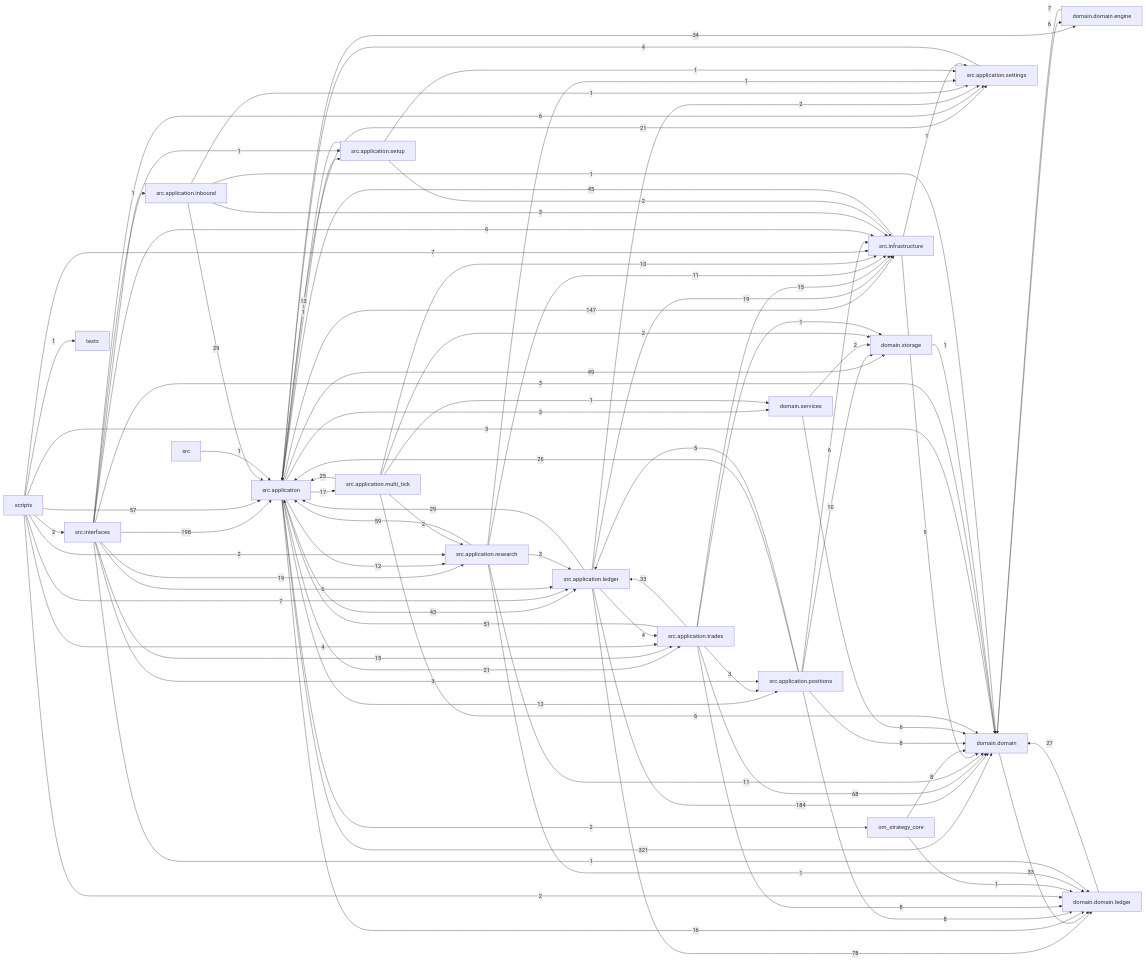
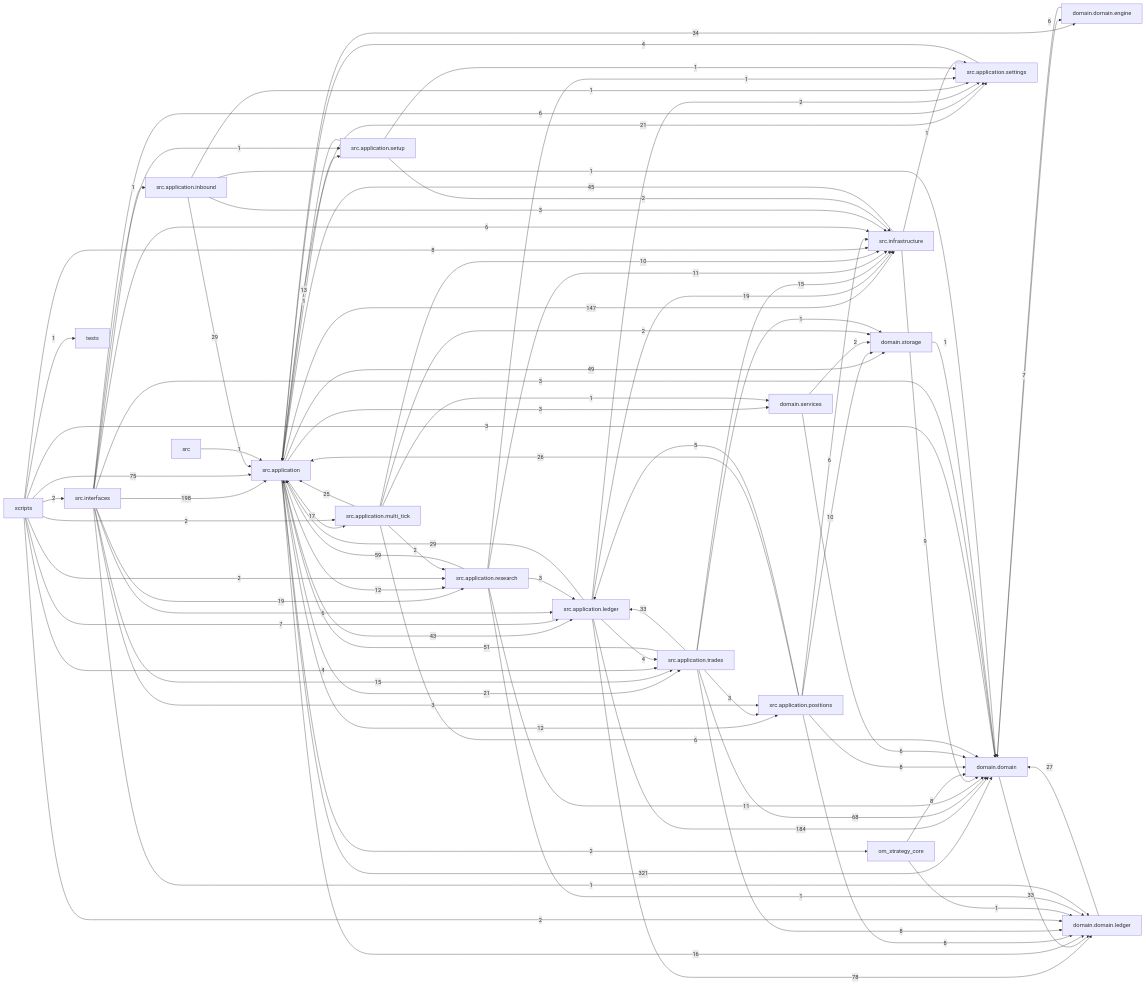
One commit to liuxie066/options-monitor changed the diagram in docs/dependency_graph.mmd. Above: the diagram before and after it, drawn with Mermaid. The commit also changed 13 other files, not shown here.

```diff
--- a/docs/dependency_graph.mmd
+++ b/docs/dependency_graph.mmd
@@ -1,87 +1,88 @@
 flowchart LR
   src_application["src.application"] -->|321| domain_domain["domain.domain"]
   src_interfaces["src.interfaces"] -->|198| src_application["src.application"]
   src_application_ledger["src.application.ledger"] -->|184| domain_domain["domain.domain"]
   src_application["src.application"] -->|147| src_infrastructure["src.infrastructure"]
   src_application_ledger["src.application.ledger"] -->|78| domain_domain_ledger["domain.domain.ledger"]
+  scripts["scripts"] -->|75| src_application["src.application"]
   src_application_trades["src.application.trades"] -->|68| domain_domain["domain.domain"]
   src_application_research["src.application.research"] -->|59| src_application["src.application"]
-  scripts["scripts"] -->|57| src_application["src.application"]
   src_application_trades["src.application.trades"] -->|51| src_application["src.application"]
   src_application["src.application"] -->|49| domain_storage["domain.storage"]
   src_infrastructure["src.infrastructure"] -->|45| src_application["src.application"]
   src_application["src.application"] -->|43| src_application_ledger["src.application.ledger"]
   src_application["src.application"] -->|34| domain_domain_engine["domain.domain.engine"]
   domain_domain["domain.domain"] -->|33| domain_domain_ledger["domain.domain.ledger"]
   src_application_trades["src.application.trades"] -->|33| src_application_ledger["src.application.ledger"]
   src_application_inbound["src.application.inbound"] -->|29| src_application["src.application"]
   src_application_ledger["src.application.ledger"] -->|29| src_application["src.application"]
   domain_domain_ledger["domain.domain.ledger"] -->|27| domain_domain["domain.domain"]
   src_application_positions["src.application.positions"] -->|26| src_application["src.application"]
   src_application_multi_tick["src.application.multi_tick"] -->|25| src_application["src.application"]
   src_application["src.application"] -->|21| src_application_settings["src.application.settings"]
   src_application["src.application"] -->|21| src_application_trades["src.application.trades"]
   src_application_ledger["src.application.ledger"] -->|19| src_infrastructure["src.infrastructure"]
   src_interfaces["src.interfaces"] -->|19| src_application_research["src.application.research"]
   src_application["src.application"] -->|17| src_application_multi_tick["src.application.multi_tick"]
   src_application["src.application"] -->|16| domain_domain_ledger["domain.domain.ledger"]
   src_application_trades["src.application.trades"] -->|15| src_infrastructure["src.infrastructure"]
   src_interfaces["src.interfaces"] -->|15| src_application_trades["src.application.trades"]
   src_application_setup["src.application.setup"] -->|13| src_application["src.application"]
   src_application["src.application"] -->|12| src_application_positions["src.application.positions"]
   src_application["src.application"] -->|12| src_application_research["src.application.research"]
   src_application_research["src.application.research"] -->|11| domain_domain["domain.domain"]
   src_application_research["src.application.research"] -->|11| src_infrastructure["src.infrastructure"]
   src_application_multi_tick["src.application.multi_tick"] -->|10| src_infrastructure["src.infrastructure"]
   src_application_positions["src.application.positions"] -->|10| domain_storage["domain.storage"]
   src_infrastructure["src.infrastructure"] -->|9| domain_domain["domain.domain"]
   om_strategy_core["om_strategy_core"] -->|8| domain_domain["domain.domain"]
+  scripts["scripts"] -->|8| src_infrastructure["src.infrastructure"]
   src_application_positions["src.application.positions"] -->|8| domain_domain["domain.domain"]
   src_application_positions["src.application.positions"] -->|8| domain_domain_ledger["domain.domain.ledger"]
   src_application_trades["src.application.trades"] -->|8| domain_domain_ledger["domain.domain.ledger"]
   domain_domain_engine["domain.domain.engine"] -->|7| domain_domain["domain.domain"]
   scripts["scripts"] -->|7| src_application_ledger["src.application.ledger"]
-  scripts["scripts"] -->|7| src_infrastructure["src.infrastructure"]
   domain_domain["domain.domain"] -->|6| domain_domain_engine["domain.domain.engine"]
   domain_services["domain.services"] -->|6| domain_domain["domain.domain"]
   src_application_multi_tick["src.application.multi_tick"] -->|6| domain_domain["domain.domain"]
   src_application_positions["src.application.positions"] -->|6| src_infrastructure["src.infrastructure"]
   src_interfaces["src.interfaces"] -->|6| src_application_ledger["src.application.ledger"]
   src_interfaces["src.interfaces"] -->|6| src_application_settings["src.application.settings"]
   src_interfaces["src.interfaces"] -->|6| src_infrastructure["src.infrastructure"]
   src_application_positions["src.application.positions"] -->|5| src_application_ledger["src.application.ledger"]
   scripts["scripts"] -->|4| src_application_trades["src.application.trades"]
   src_application_ledger["src.application.ledger"] -->|4| src_application_trades["src.application.trades"]
   src_application_settings["src.application.settings"] -->|4| src_application["src.application"]
   scripts["scripts"] -->|3| domain_domain["domain.domain"]
   src_application["src.application"] -->|3| domain_services["domain.services"]
   src_application_inbound["src.application.inbound"] -->|3| src_infrastructure["src.infrastructure"]
   src_application_research["src.application.research"] -->|3| src_application_ledger["src.application.ledger"]
   src_application_trades["src.application.trades"] -->|3| src_application_positions["src.application.positions"]
   src_interfaces["src.interfaces"] -->|3| domain_domain["domain.domain"]
   src_interfaces["src.interfaces"] -->|3| src_application_positions["src.application.positions"]
   domain_services["domain.services"] -->|2| domain_storage["domain.storage"]
   scripts["scripts"] -->|2| domain_domain_ledger["domain.domain.ledger"]
+  scripts["scripts"] -->|2| src_application_multi_tick["src.application.multi_tick"]
   scripts["scripts"] -->|2| src_application_research["src.application.research"]
   scripts["scripts"] -->|2| src_interfaces["src.interfaces"]
   src_application["src.application"] -->|2| om_strategy_core["om_strategy_core"]
   src_application_ledger["src.application.ledger"] -->|2| src_application_settings["src.application.settings"]
   src_application_multi_tick["src.application.multi_tick"] -->|2| domain_storage["domain.storage"]
   src_application_multi_tick["src.application.multi_tick"] -->|2| src_application_research["src.application.research"]
   src_application_setup["src.application.setup"] -->|2| src_infrastructure["src.infrastructure"]
   domain_storage["domain.storage"] -->|1| domain_domain["domain.domain"]
   om_strategy_core["om_strategy_core"] -->|1| domain_domain_ledger["domain.domain.ledger"]
   scripts["scripts"] -->|1| tests["tests"]
   src["src"] -->|1| src_application["src.application"]
   src_application["src.application"] -->|1| src_application_setup["src.application.setup"]
   src_application_inbound["src.application.inbound"] -->|1| domain_domain["domain.domain"]
   src_application_inbound["src.application.inbound"] -->|1| src_application_settings["src.application.settings"]
   src_application_multi_tick["src.application.multi_tick"] -->|1| domain_services["domain.services"]
   src_application_research["src.application.research"] -->|1| domain_domain_ledger["domain.domain.ledger"]
   src_application_research["src.application.research"] -->|1| src_application_settings["src.application.settings"]
   src_application_setup["src.application.setup"] -->|1| src_application_settings["src.application.settings"]
   src_application_trades["src.application.trades"] -->|1| domain_storage["domain.storage"]
   src_infrastructure["src.infrastructure"] -->|1| src_application_settings["src.application.settings"]
   src_interfaces["src.interfaces"] -->|1| domain_domain_ledger["domain.domain.ledger"]
   src_interfaces["src.interfaces"] -->|1| src_application_inbound["src.application.inbound"]
   src_interfaces["src.interfaces"] -->|1| src_application_setup["src.application.setup"]
```
